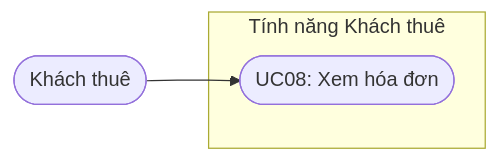
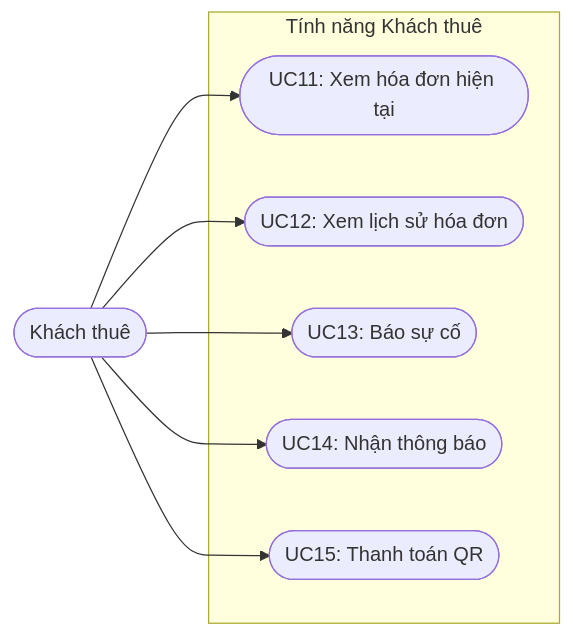
Before and after one commit to truongnguyenbao1/QLCT2026: the fourth of 8 diagrams in bao_cao_phan2.md, drawn with Mermaid. The commit also changed other lines of this file and 6 other files, not shown here.

````diff
--- a/bao_cao_phan2.md
+++ b/bao_cao_phan2.md
@@ -174,10 +187,18 @@
 ```mermaid
 flowchart LR
     Customer([Khách thuê])
 
     subgraph Tenant [Tính năng Khách thuê]
-        UC08([UC08: Xem hóa đơn])
+        UC11([UC11: Xem hóa đơn hiện tại])
+        UC12([UC12: Xem lịch sử hóa đơn])
+        UC13([UC13: Báo sự cố])
+        UC14([UC14: Nhận thông báo])
+        UC15([UC15: Thanh toán QR])
     end
 
-    Customer --> UC08
+    Customer --> UC11
+    Customer --> UC12
+    Customer --> UC13
+    Customer --> UC14
+    Customer --> UC15
 ```
````
